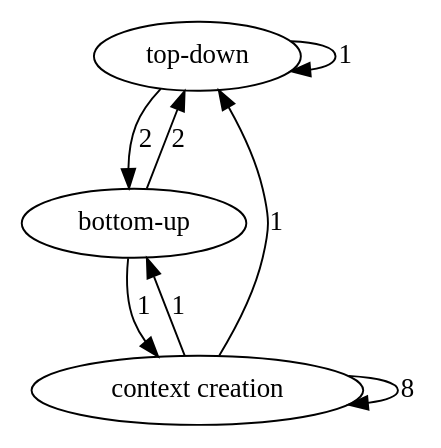
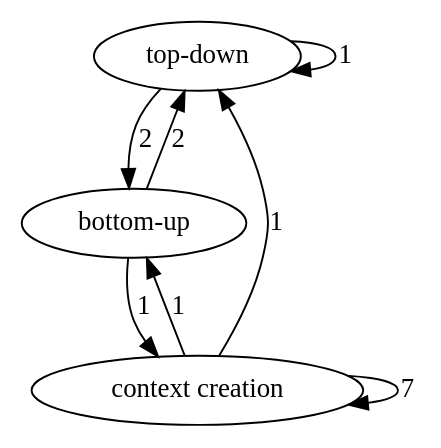
One commit to dorisjlee/ZV-paper changed the diagram in analysis/M2.dot. Above: the diagram before and after it, drawn with Graphviz. The commit also changed 35 other files, not shown here.

```diff
--- a/analysis/M2.dot
+++ b/analysis/M2.dot
@@ -1,12 +1,12 @@
 digraph  {
 "top-down";
 "context creation";
 "bottom-up";
 "top-down" -> "top-down"  [weight=1, label=1];
 "top-down" -> "bottom-up"  [weight=2, label=2];
 "context creation" -> "top-down"  [weight=1, label=1];
-"context creation" -> "context creation"  [weight=8, label=8];
+"context creation" -> "context creation"  [weight=7, label=7];
 "context creation" -> "bottom-up"  [weight=1, label=1];
 "bottom-up" -> "top-down"  [weight=2, label=2];
 "bottom-up" -> "context creation"  [weight=1, label=1];
 }
```
